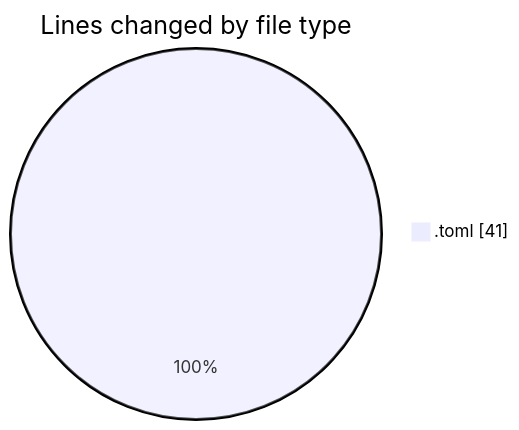
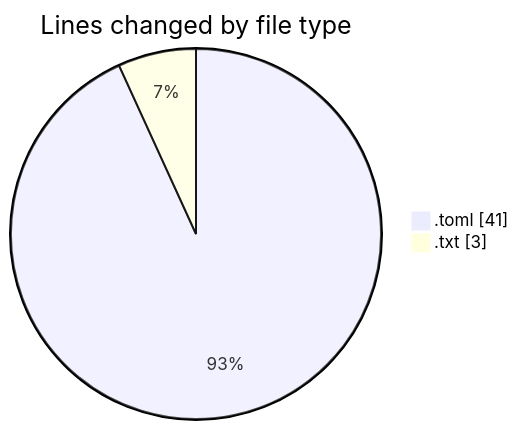
The first of 2 diagrams in 2025-07-23/ableton-mcp-extended/README.md (EIIisD/code-tracking), drawn with Mermaid before and after one commit. The commit also changed other lines of this file and 1 other file, not shown here.

````diff
--- a/2025-07-23/ableton-mcp-extended/README.md
+++ b/2025-07-23/ableton-mcp-extended/README.md
@@ -20,5 +21,6 @@
 ```mermaid
 pie showData
 title Lines changed by file type
 ".toml" : 41
+".txt" : 3
 ```
````
